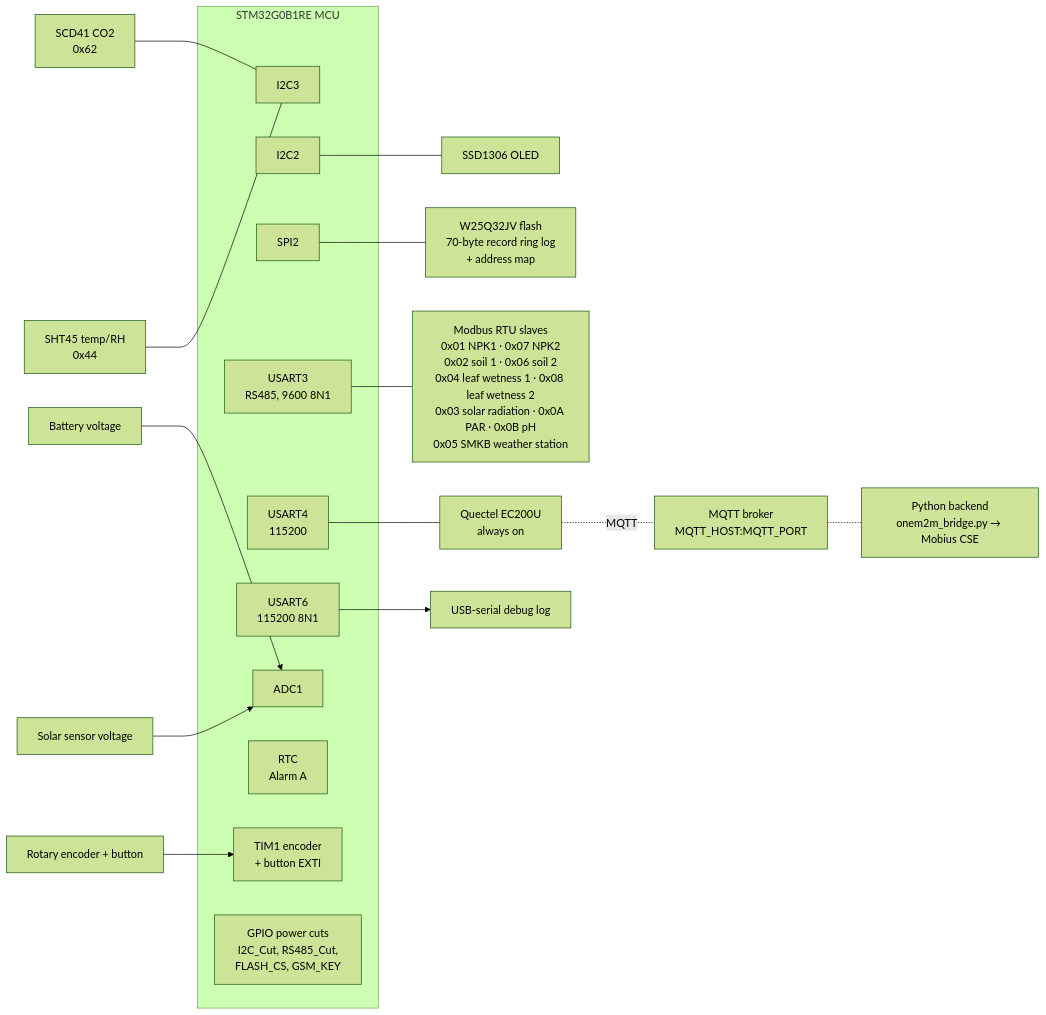
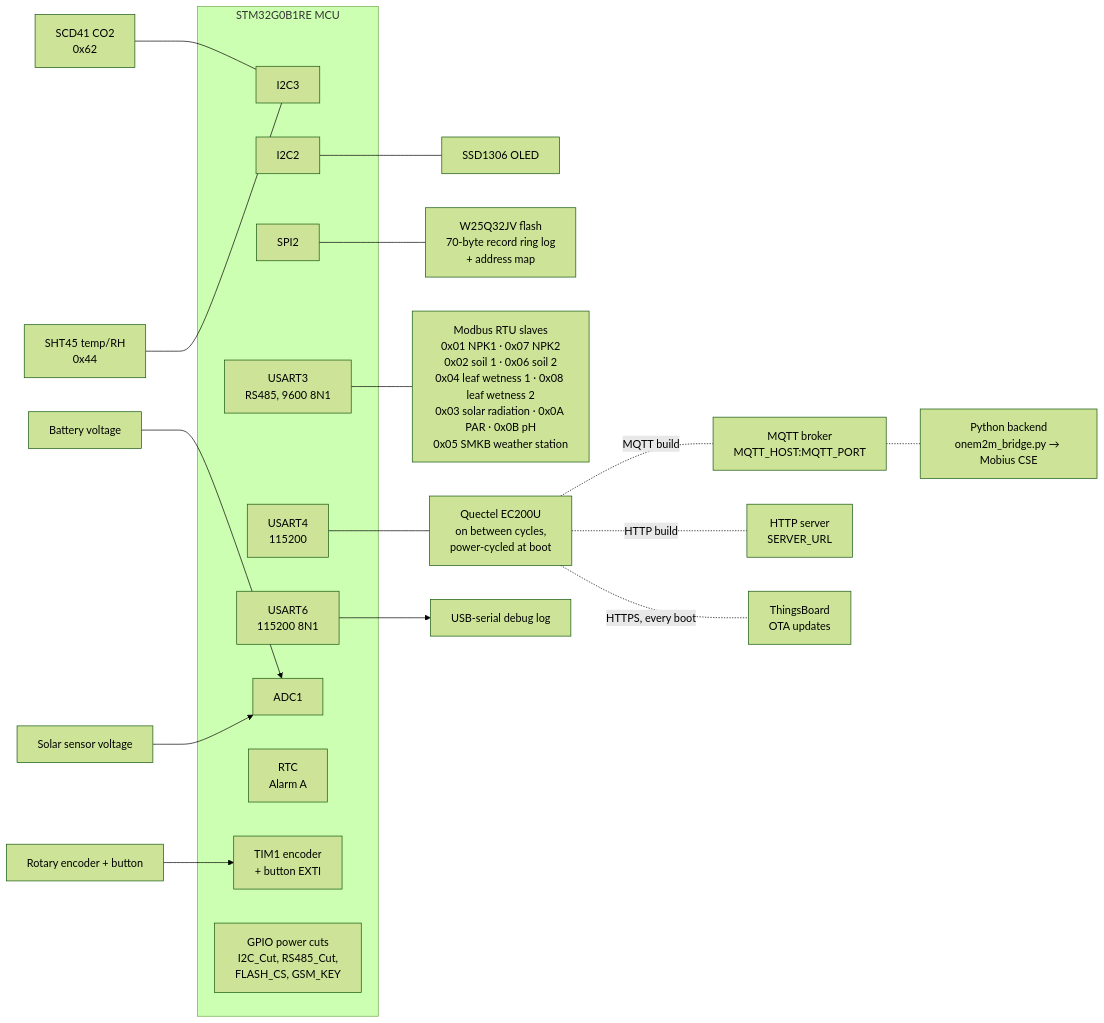
The first of 7 diagrams in README.md (anushka-prajose-tih/Closed_Loop_Irrigation), drawn with Mermaid (forest theme) before and after one commit. The commit also changed other lines of this file and 1 other file, not shown here.

````diff
--- a/README.md
+++ b/README.md
@@ -107,28 +108,30 @@
 ```mermaid
 graph LR
     subgraph MCU[STM32G0B1RE MCU]
         I2C3[I2C3]
         I2C2[I2C2]
         SPI2[SPI2]
         USART3["USART3<br>RS485, 9600 8N1"]
         USART4["USART4<br>115200"]
         USART6["USART6<br>115200 8N1"]
         ADC[ADC1]
         RTC["RTC<br>Alarm A"]
         TIM1["TIM1 encoder<br>+ button EXTI"]
         GPIO["GPIO power cuts<br>I2C_Cut, RS485_Cut,<br>FLASH_CS, GSM_KEY"]
     end
 
     SCD41["SCD41 CO2<br>0x62"] --- I2C3
     SHT45["SHT45 temp/RH<br>0x44"] --- I2C3
     I2C2 --- OLED[SSD1306 OLED]
     SPI2 --- FLASH["W25Q32JV flash<br>70-byte record ring log<br>+ address map"]
     USART3 --- MB["Modbus RTU slaves<br>0x01 NPK1 · 0x07 NPK2<br>0x02 soil 1 · 0x06 soil 2<br>0x04 leaf wetness 1 · 0x08 leaf wetness 2<br>0x03 solar radiation · 0x0A PAR · 0x0B pH<br>0x05 SMKB weather station"]
-    USART4 --- GSM["Quectel EC200U<br>always on"]
-    GSM -.MQTT.- BROKER["MQTT broker<br>MQTT_HOST:MQTT_PORT"]
+    USART4 --- GSM["Quectel EC200U<br>on between cycles,<br>power-cycled at boot"]
+    GSM -.MQTT build.- BROKER["MQTT broker<br>MQTT_HOST:MQTT_PORT"]
     BROKER -.- BACKEND["Python backend<br>onem2m_bridge.py → Mobius CSE"]
+    GSM -.HTTP build.- HTTPSRV["HTTP server<br>SERVER_URL"]
+    GSM -.HTTPS, every boot.- TB["ThingsBoard<br>OTA updates"]
     USART6 --> LOG[USB-serial debug log]
     BAT[Battery voltage] --> ADC
     SOLAR[Solar sensor voltage] --> ADC
     ENC[Rotary encoder + button] --> TIM1
 ```
````
